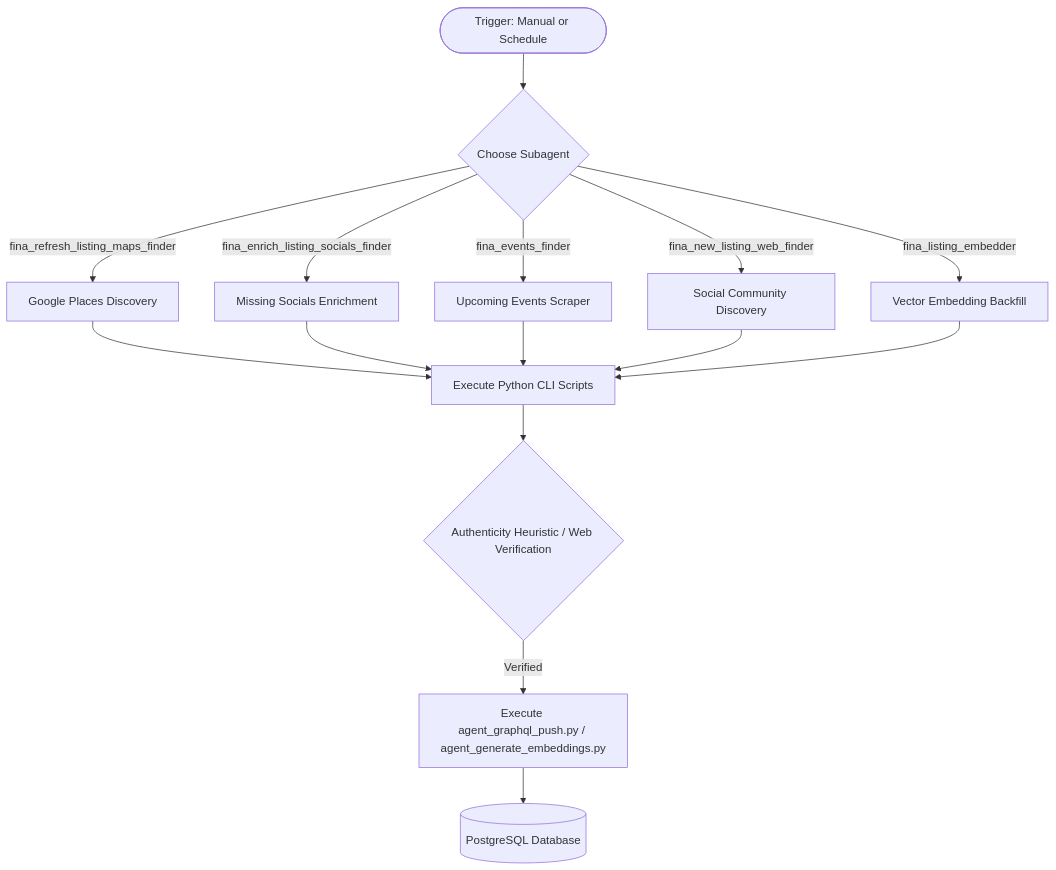
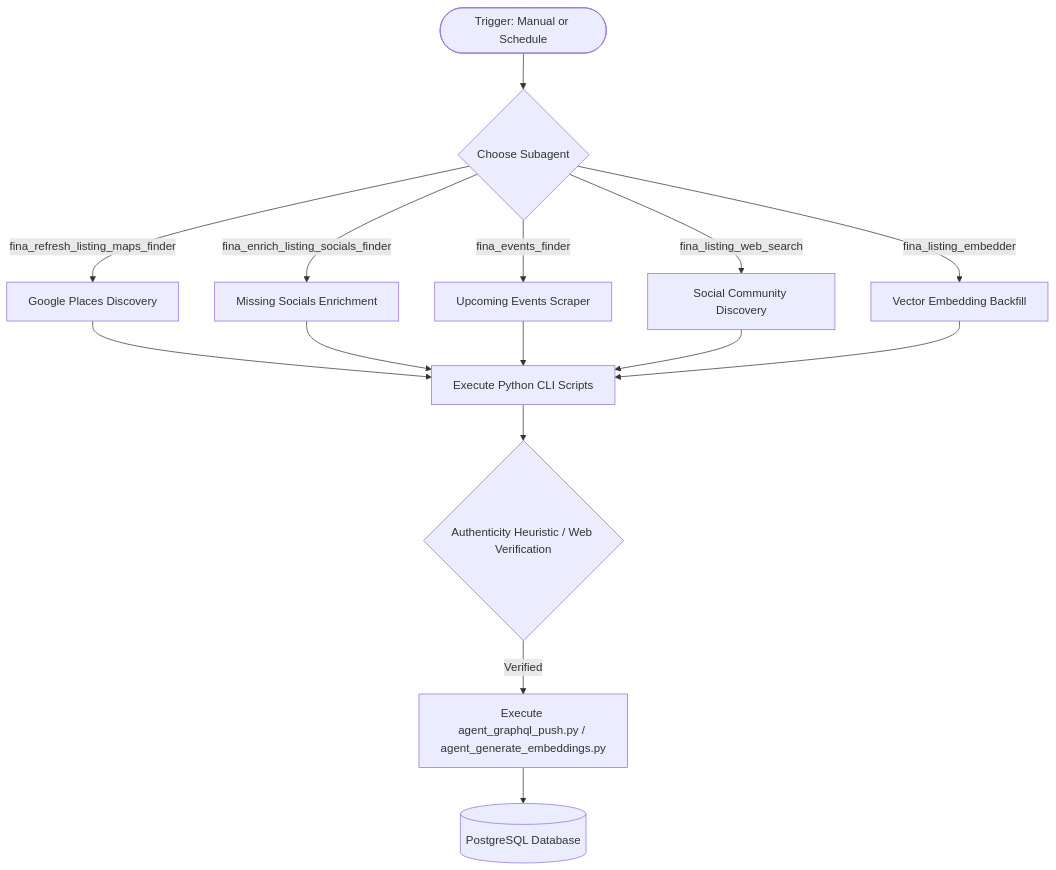
The diagram in AGENTS.md (deriveraryan/fina-agent), drawn with Mermaid before and after one commit. The commit also changed other lines of this file and 4 other files, not shown here.

First line of the commit message:
refactor: rename fina_new_listing_web_finder to fina_listing_web_search

````diff
--- a/AGENTS.md
+++ b/AGENTS.md
@@ -11,16 +11,16 @@
 ```mermaid
 flowchart TD
     Start(["Trigger: Manual or Schedule"]) --> AgentSelect{"Choose Subagent"}
     
     AgentSelect -->|fina_refresh_listing_maps_finder| PlacesFlow["Google Places Discovery"]
     AgentSelect -->|fina_enrich_listing_socials_finder| SocialsFlow["Missing Socials Enrichment"]
     AgentSelect -->|fina_events_finder| EventsFlow["Upcoming Events Scraper"]
-    AgentSelect -->|fina_new_listing_web_finder| CommFlow["Social Community Discovery"]
+    AgentSelect -->|fina_listing_web_search| CommFlow["Social Community Discovery"]
     AgentSelect -->|fina_listing_embedder| EmbedFlow["Vector Embedding Backfill"]
 
     %% Shared logic
     PlacesFlow & SocialsFlow & EventsFlow & CommFlow & EmbedFlow --> PythonCLI["Execute Python CLI Scripts"]
     PythonCLI --> Verification{"Authenticity Heuristic / Web Verification"}
     Verification -->|Verified| GQLPush["Execute agent_graphql_push.py / agent_generate_embeddings.py"]
     GQLPush --> PostgreSQL[(PostgreSQL Database)]
 ```
````
